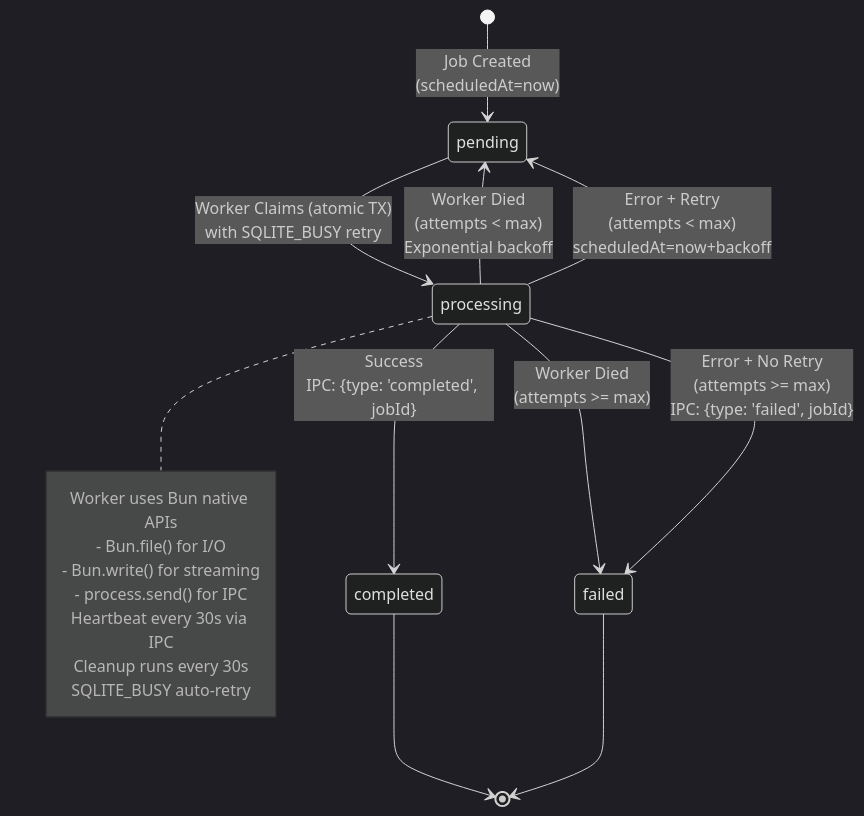
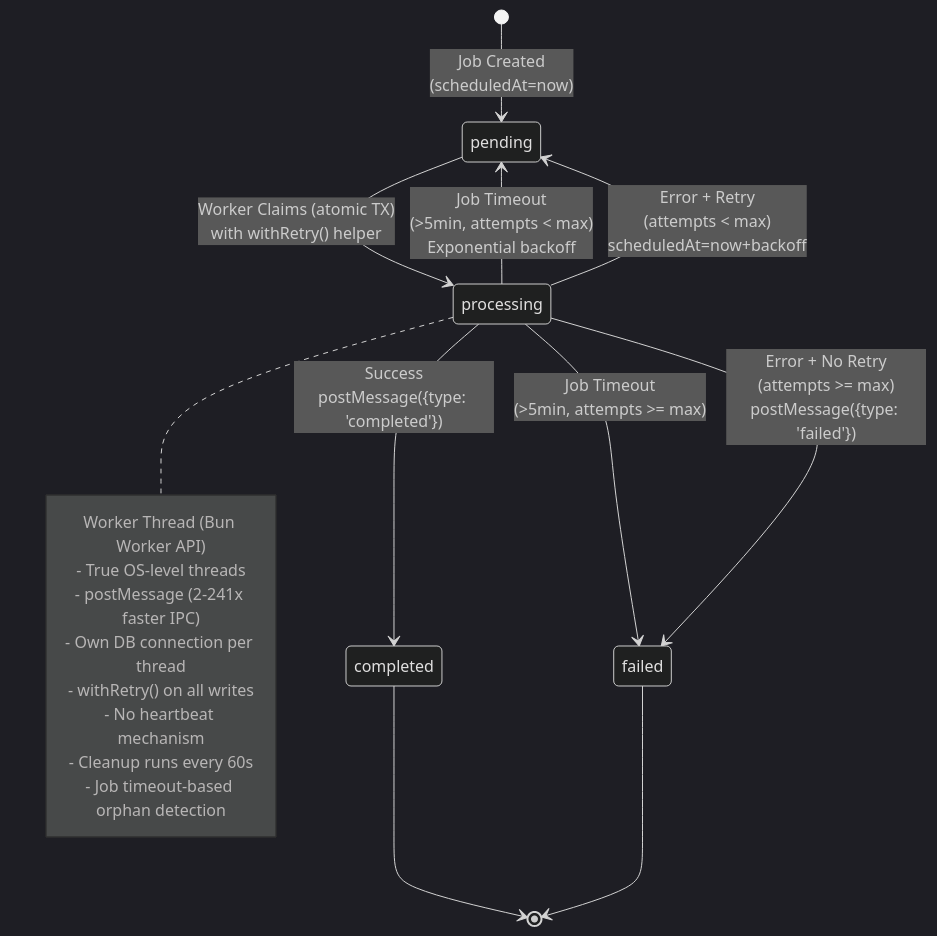
Before and after one commit to tobalo/ilios: the third of 4 diagrams in README.md, drawn with Mermaid (dark theme). The commit also changed other lines of this file, not shown here.

Commit message:
docs: updated with bun worker api

````diff
--- a/README.md
+++ b/README.md
@@ -258,24 +258,25 @@
 ```mermaid
 stateDiagram-v2
     [*] --> pending: Job Created<br/>(scheduledAt=now)
-    pending --> processing: Worker Claims (atomic TX)<br/>with SQLITE_BUSY retry
+    pending --> processing: Worker Claims (atomic TX)<br/>with withRetry() helper
     
-    processing --> completed: Success<br/>IPC: {type: 'completed', jobId}
-    processing --> pending: Worker Died<br/>(attempts < max)<br/>Exponential backoff
-    processing --> failed: Worker Died<br/>(attempts >= max)
+    processing --> completed: Success<br/>postMessage({type: 'completed'})
+    processing --> pending: Job Timeout<br/>(>5min, attempts < max)<br/>Exponential backoff
+    processing --> failed: Job Timeout<br/>(>5min, attempts >= max)
     processing --> pending: Error + Retry<br/>(attempts < max)<br/>scheduledAt=now+backoff
-    processing --> failed: Error + No Retry<br/>(attempts >= max)<br/>IPC: {type: 'failed', jobId}
+    processing --> failed: Error + No Retry<br/>(attempts >= max)<br/>postMessage({type: 'failed'})
     
     completed --> [*]
     failed --> [*]
     
     note right of processing
-        Worker uses Bun native APIs
-        - Bun.file() for I/O
-        - Bun.write() for streaming
-        - process.send() for IPC
-        Heartbeat every 30s via IPC
-        Cleanup runs every 30s
-        SQLITE_BUSY auto-retry
+        Worker Thread (Bun Worker API)
+        - True OS-level threads
+        - postMessage (2-241x faster IPC)
+        - Own DB connection per thread
+        - withRetry() on all writes
+        - No heartbeat mechanism
+        - Cleanup runs every 60s
+        - Job timeout-based orphan detection
     end note
 ```
````
